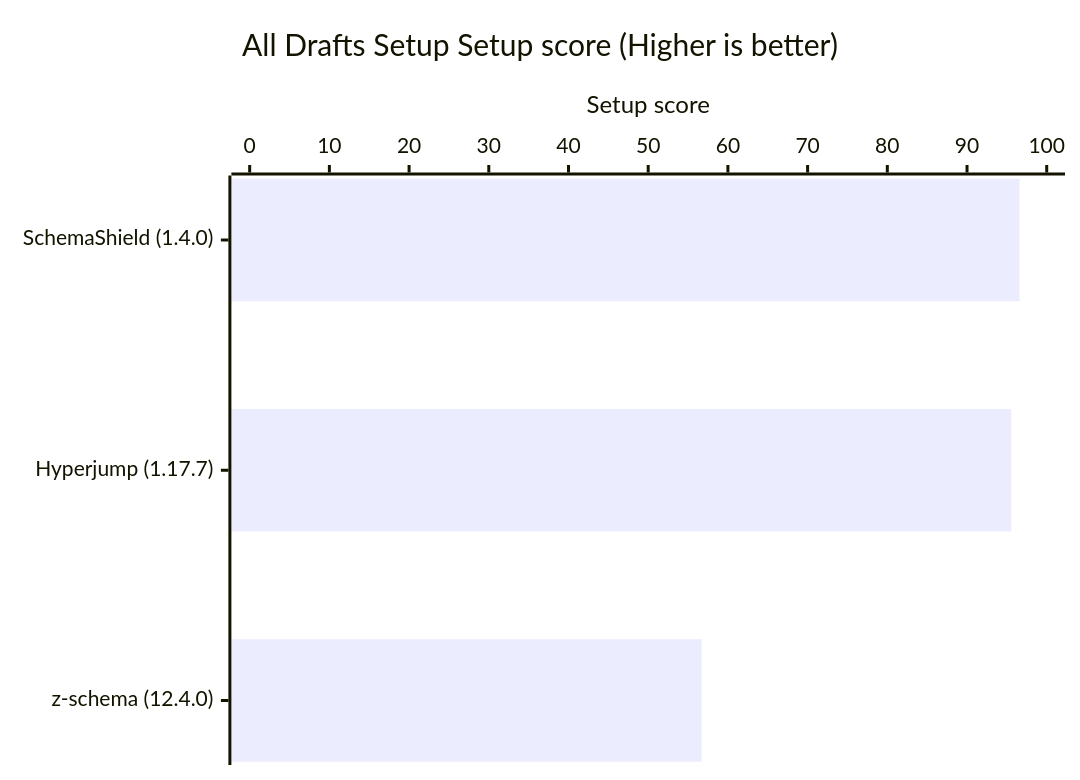
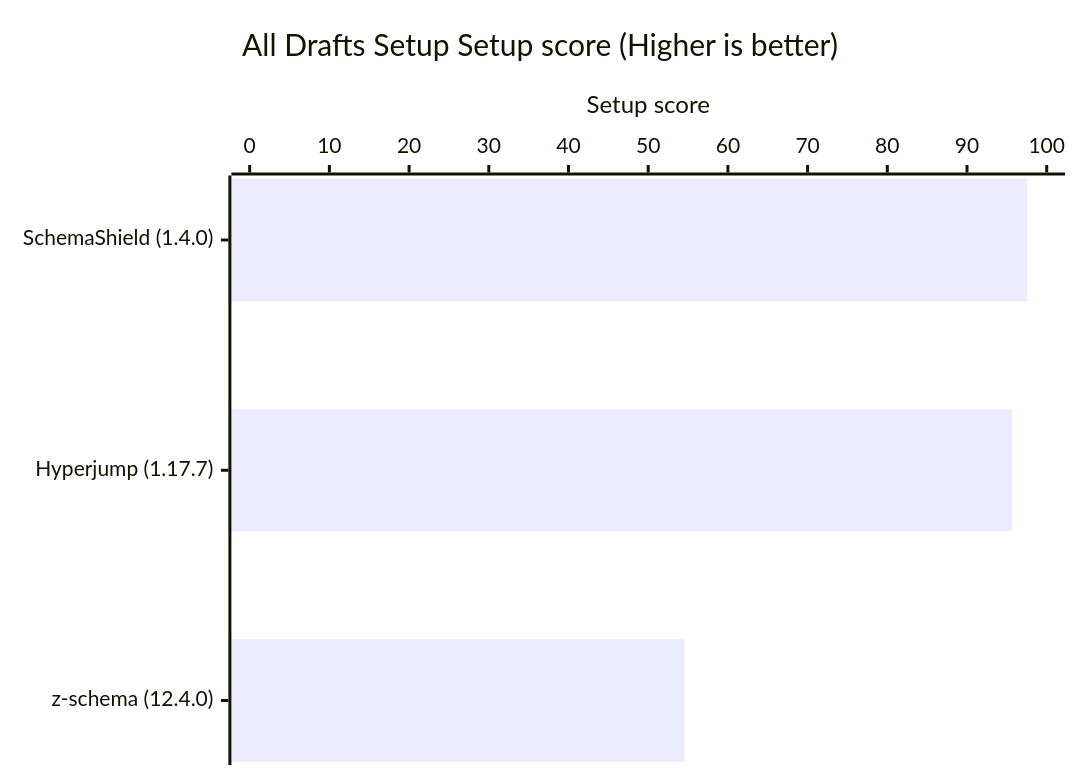
The fifth of 8 diagrams in README.md (Masquerade-Circus/json-schema-validator-bench), drawn with Mermaid before and after one commit. The commit also changed other lines of this file and 175 other files, not shown here.

````diff
--- a/README.md
+++ b/README.md
@@ -212,7 +212,7 @@
 ```mermaid
 xychart horizontal
     title "All Drafts Setup Setup score (Higher is better)"
     x-axis ["SchemaShield (1.4.0)", "Hyperjump (1.17.7)", "z-schema (12.4.0)"]
     y-axis "Setup score" 0 --> 100
-    bar [96.589, 95.547, 56.692]
+    bar [97.593, 95.639, 54.542]
 ```
````
